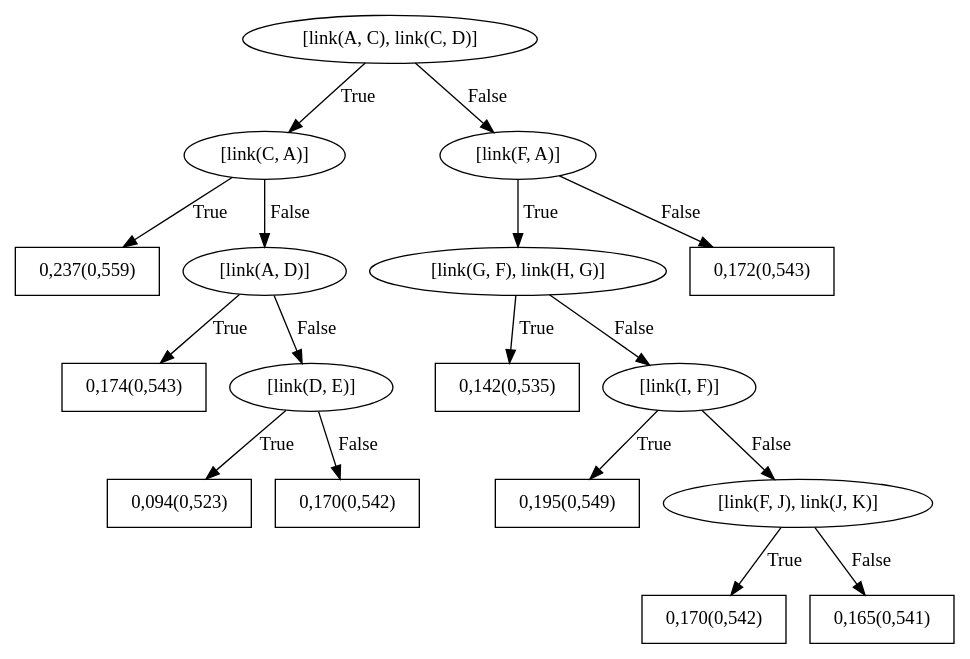
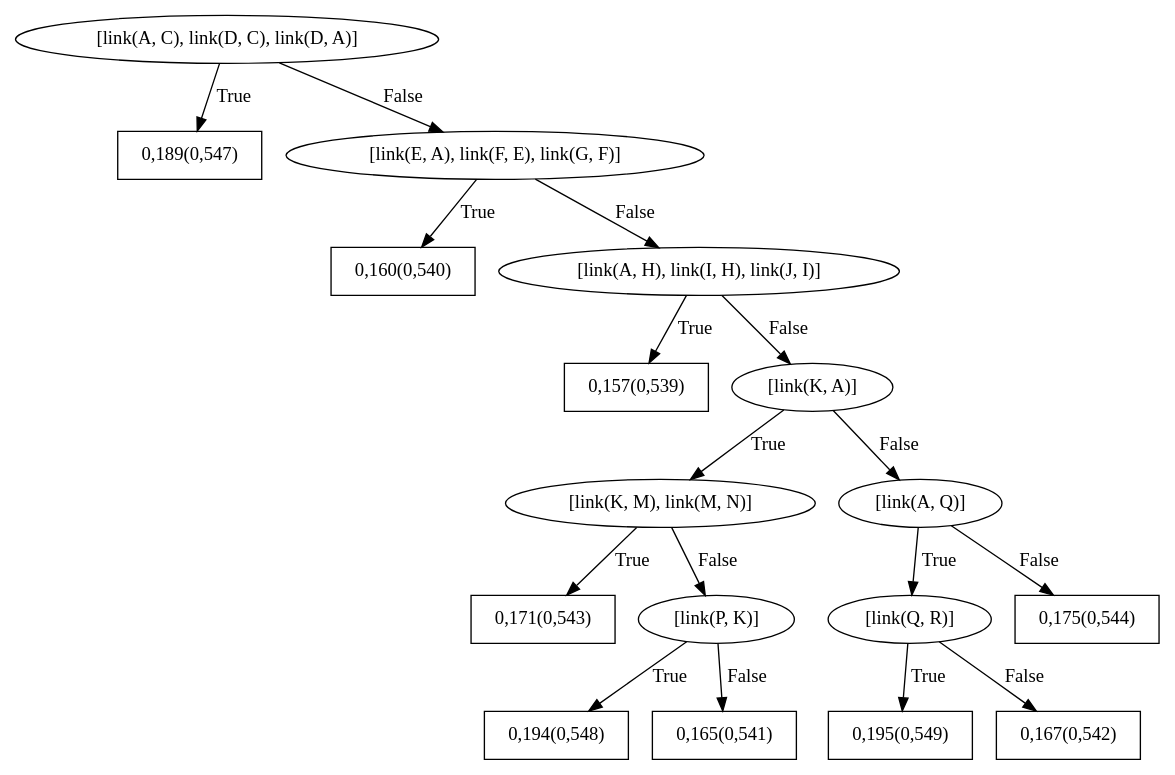
One commit to GabrielaPC/Trabalho-SRL changed the diagram in SRLBoost/data/citeseer/train/models/bRDNs/dotFiles/WILLTreeFor_hasCat6.dot. Above: the diagram before and after it, drawn with Graphviz. The commit also changed 67 other files, not shown here.

```diff
--- a/SRLBoost/data/citeseer/train/models/bRDNs/dotFiles/WILLTreeFor_hasCat6.dot
+++ b/SRLBoost/data/citeseer/train/models/bRDNs/dotFiles/WILLTreeFor_hasCat6.dot
@@ -1,35 +1,35 @@
 digraph G{ 
-1[label = "[link(A, C), link(C, D)]"];
+1[label = "[link(A, C), link(D, C), link(D, A)]"];
 1 -> 2[label="True"];
 1 -> 3[label="False"];
-2[label = "[link(C, A)]"];
-2 -> 4[label="True"];
-2 -> 5[label="False"];
-4[shape = box,label = "0,237(0,559)"];
-5[label = "[link(A, D)]"];
+2[shape = box,label = "0,189(0,547)"];
+3[label = "[link(E, A), link(F, E), link(G, F)]"];
+3 -> 4[label="True"];
+3 -> 5[label="False"];
+4[shape = box,label = "0,160(0,540)"];
+5[label = "[link(A, H), link(I, H), link(J, I)]"];
 5 -> 6[label="True"];
 5 -> 7[label="False"];
-6[shape = box,label = "0,174(0,543)"];
-7[label = "[link(D, E)]"];
+6[shape = box,label = "0,157(0,539)"];
+7[label = "[link(K, A)]"];
 7 -> 8[label="True"];
 7 -> 9[label="False"];
-8[shape = box,label = "0,094(0,523)"];
-9[shape = box,label = "0,170(0,542)"];
-3[label = "[link(F, A)]"];
-3 -> 10[label="True"];
-3 -> 11[label="False"];
-10[label = "[link(G, F), link(H, G)]"];
-10 -> 12[label="True"];
-10 -> 13[label="False"];
-12[shape = box,label = "0,142(0,535)"];
-13[label = "[link(I, F)]"];
-13 -> 14[label="True"];
-13 -> 15[label="False"];
-14[shape = box,label = "0,195(0,549)"];
-15[label = "[link(F, J), link(J, K)]"];
-15 -> 16[label="True"];
-15 -> 17[label="False"];
-16[shape = box,label = "0,170(0,542)"];
-17[shape = box,label = "0,165(0,541)"];
-11[shape = box,label = "0,172(0,543)"];
+8[label = "[link(K, M), link(M, N)]"];
+8 -> 10[label="True"];
+8 -> 11[label="False"];
+10[shape = box,label = "0,171(0,543)"];
+11[label = "[link(P, K)]"];
+11 -> 12[label="True"];
+11 -> 13[label="False"];
+12[shape = box,label = "0,194(0,548)"];
+13[shape = box,label = "0,165(0,541)"];
+9[label = "[link(A, Q)]"];
+9 -> 14[label="True"];
+9 -> 15[label="False"];
+14[label = "[link(Q, R)]"];
+14 -> 16[label="True"];
+14 -> 17[label="False"];
+16[shape = box,label = "0,195(0,549)"];
+17[shape = box,label = "0,167(0,542)"];
+15[shape = box,label = "0,175(0,544)"];
 }
```
